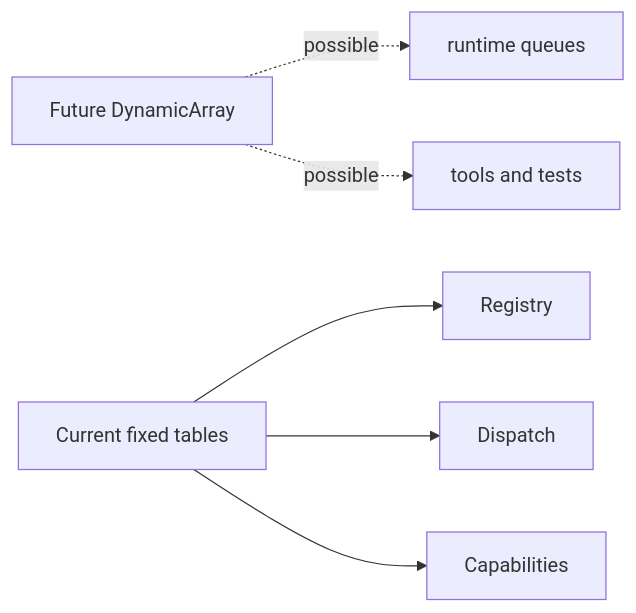
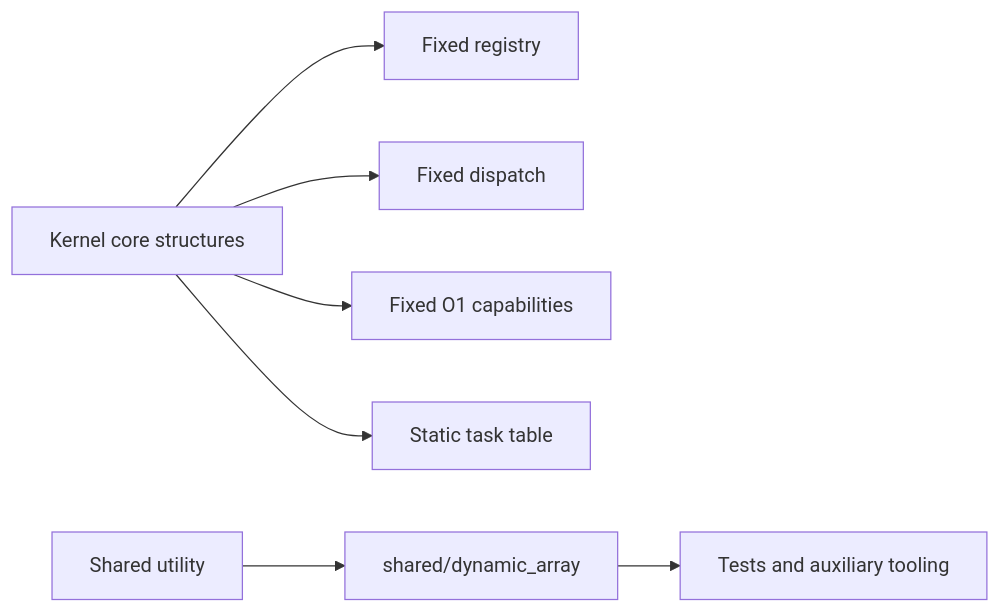
One commit to abdelhalimyasser/LettuceOs changed the first of 2 diagrams in docs/13-dynamic-array.md. Above: the diagram before and after it, drawn with Mermaid. The commit also changed other lines of this file and 10 other files, not shown here.

````diff
--- a/docs/13-dynamic-array.md
+++ b/docs/13-dynamic-array.md
@@ -18,8 +27,9 @@
 ```mermaid
 flowchart LR
-    Future[Future DynamicArray] -. possible .-> Queues[runtime queues]
-    Future -. possible .-> Tools[tools and tests]
-    Fixed[Current fixed tables] --> Registry
-    Fixed --> Dispatch
-    Fixed --> Capabilities
+    Fixed[Kernel core structures] --> Registry[Fixed registry]
+    Fixed --> Dispatch[Fixed dispatch]
+    Fixed --> Capabilities[Fixed O1 capabilities]
+    Fixed --> Tasks[Static task table]
+    Separate[Shared utility] --> DynamicArray[shared/dynamic_array]
+    DynamicArray --> Tools[Tests and auxiliary tooling]
 ```
````
